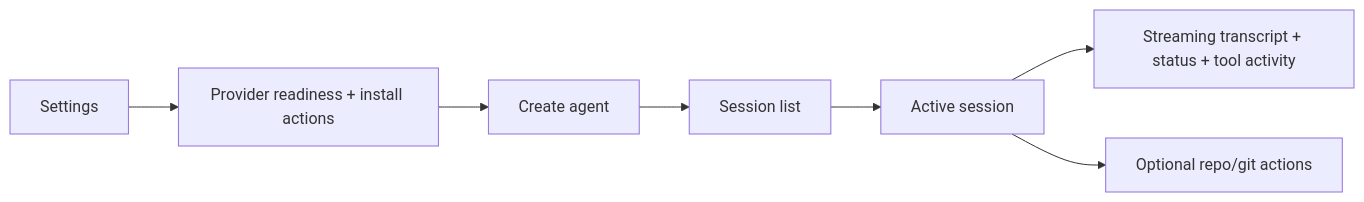
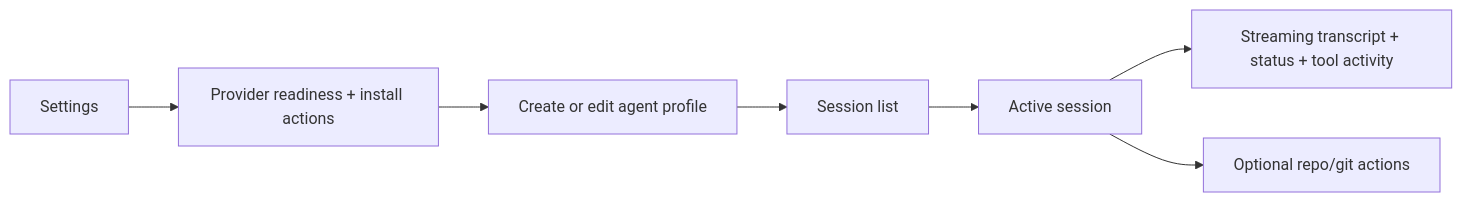
Before and after one commit to managedcode/dotPilot: the second of 4 diagrams in docs/Architecture.md, drawn with Mermaid. The commit also changed other lines of this file and 19 other files, not shown here.

Commit message:
Add real agent profile editing

````diff
--- a/docs/Architecture.md
+++ b/docs/Architecture.md
@@ -51,17 +51,17 @@
 ```mermaid
 flowchart LR
   Settings["Settings"]
   Providers["Provider readiness + install actions"]
-  AgentCreate["Create agent"]
+  AgentCreate["Create or edit agent profile"]
   SessionList["Session list"]
   Session["Active session"]
   Stream["Streaming transcript + status + tool activity"]
   Git["Optional repo/git actions"]
 
   Settings --> Providers
   Providers --> AgentCreate
   AgentCreate --> SessionList
   SessionList --> Session
   Session --> Stream
   Session --> Git
 ```
````
